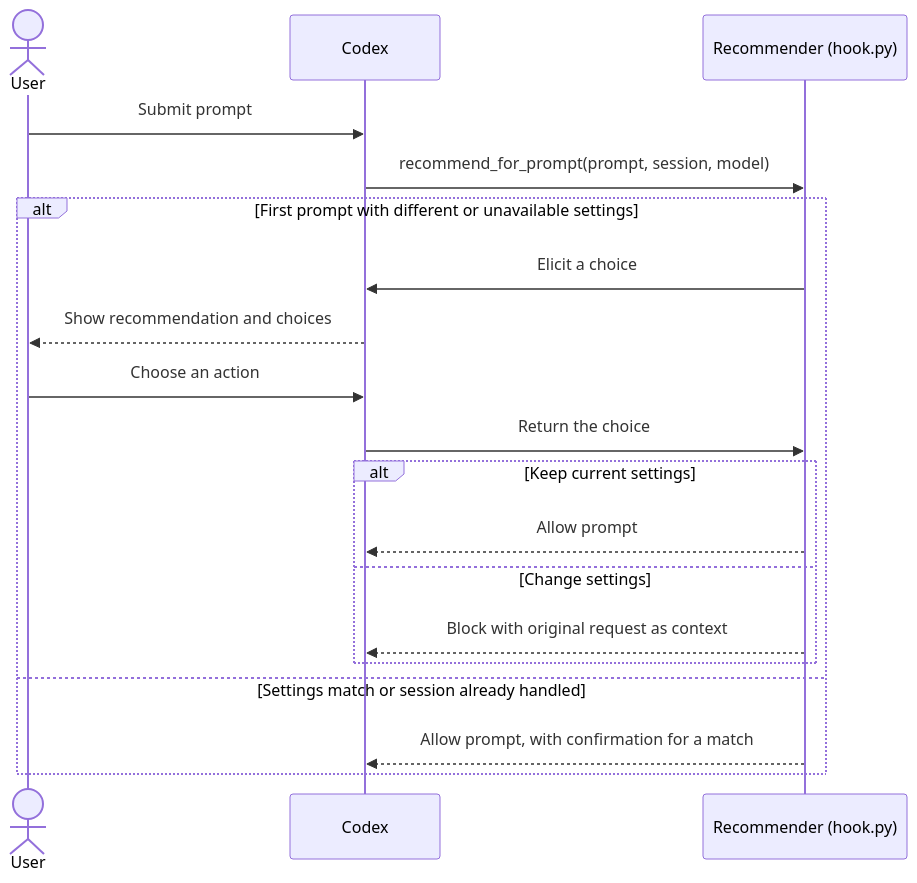
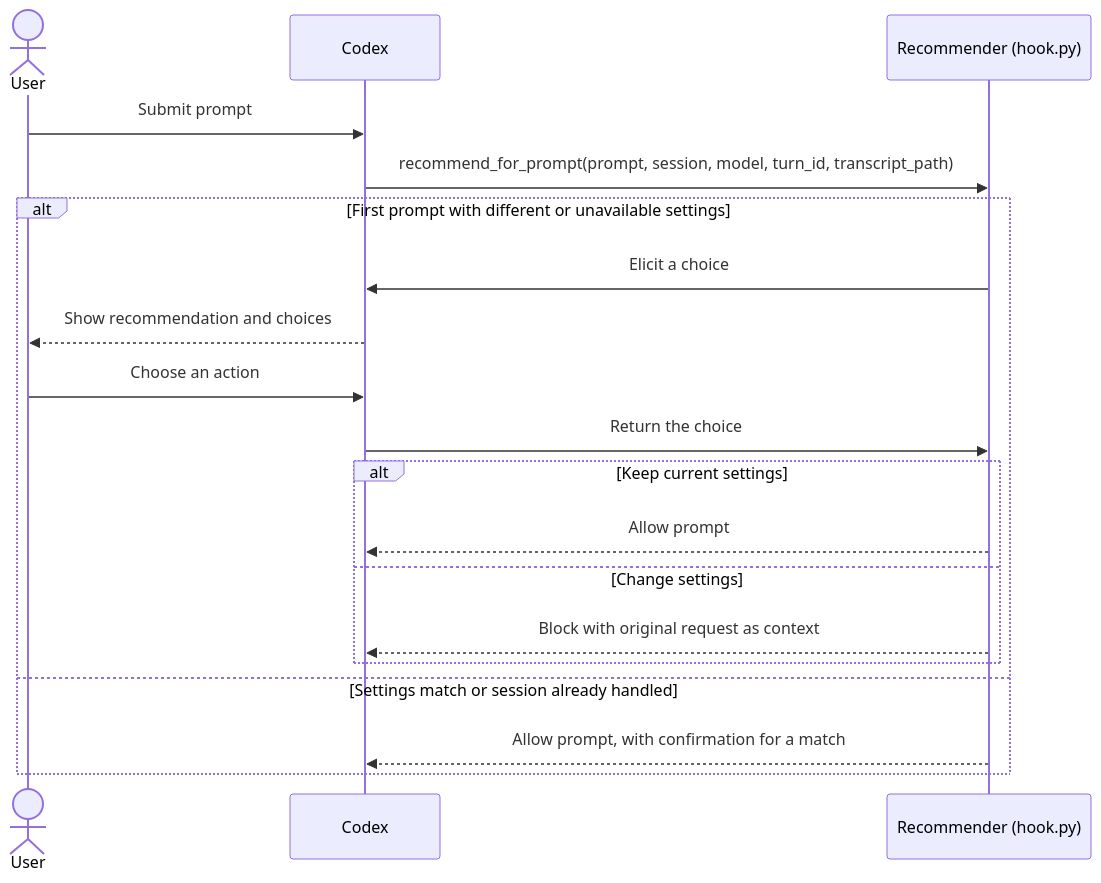
The diagram in ARCHITECTURE.md (pedromfmachado/laya-model-recommender), drawn with Mermaid before and after one commit. The commit also changed other lines of this file and 4 other files, not shown here.

````diff
--- a/ARCHITECTURE.md
+++ b/ARCHITECTURE.md
@@ -18,22 +18,22 @@
 ```mermaid
 sequenceDiagram
     actor User
     participant Codex
     participant Hook as Recommender (hook.py)
 
     User->>Codex: Submit prompt
-    Codex->>Hook: recommend_for_prompt(prompt, session, model)
+    Codex->>Hook: recommend_for_prompt(prompt, session, model, turn_id, transcript_path)
     alt First prompt with different or unavailable settings
         Hook->>Codex: Elicit a choice
         Codex-->>User: Show recommendation and choices
         User->>Codex: Choose an action
         Codex->>Hook: Return the choice
         alt Keep current settings
             Hook-->>Codex: Allow prompt
         else Change settings
             Hook-->>Codex: Block with original request as context
         end
     else Settings match or session already handled
         Hook-->>Codex: Allow prompt, with confirmation for a match
     end
 ```
````
